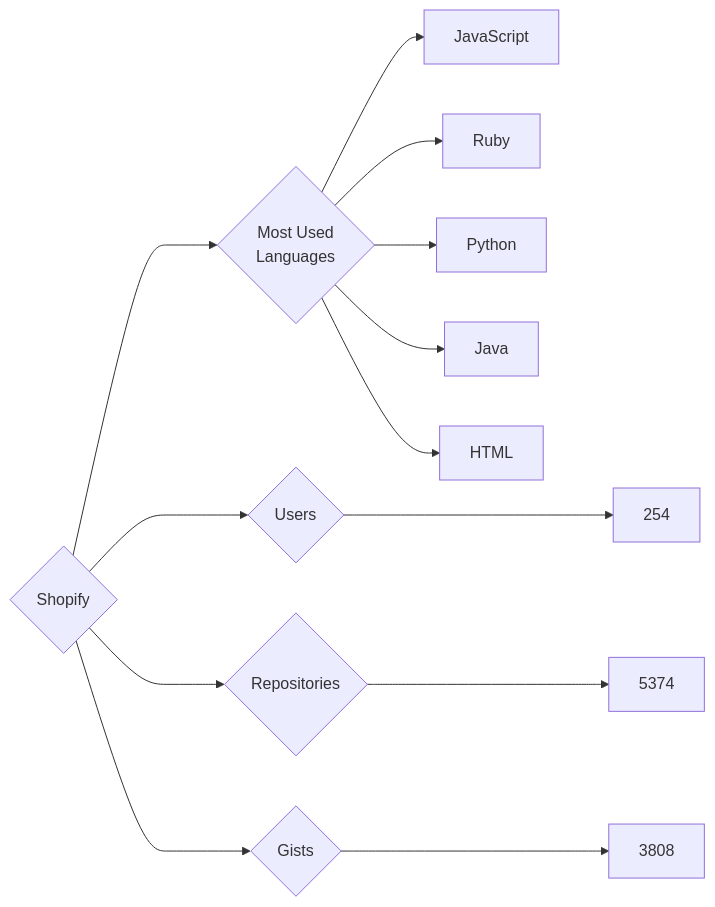
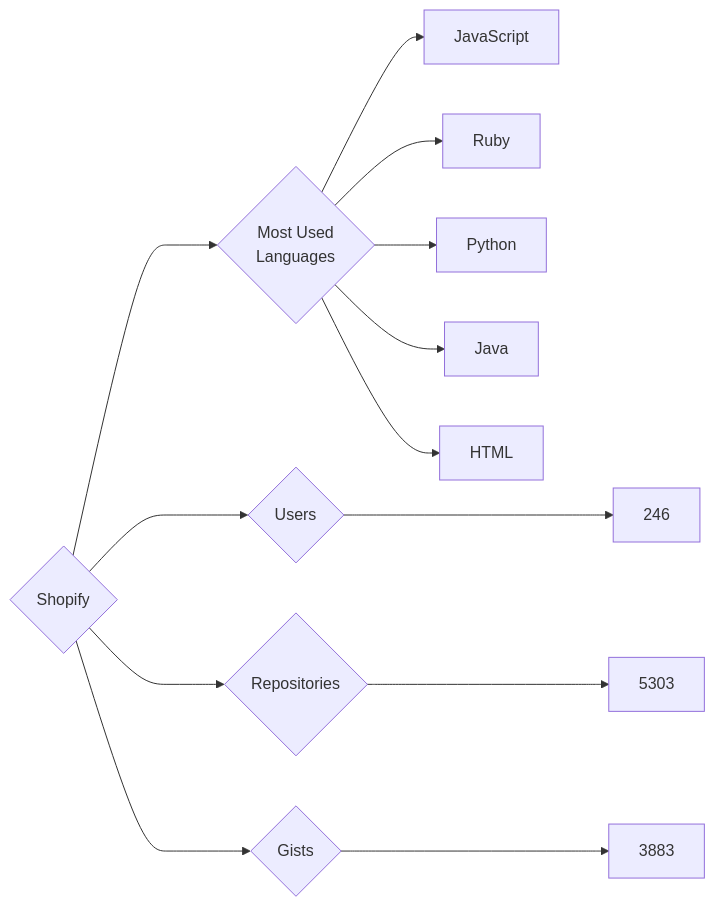
The diagram in targets/Shopify/README.md (trickest/insiders), drawn with Mermaid before and after one commit. The commit also changed 969 other files, not shown here.

````diff
--- a/targets/Shopify/README.md
+++ b/targets/Shopify/README.md
@@ -3,13 +3,13 @@
 ```mermaid
 graph LR
 COMPANY_NAME{Shopify}
-COMPANY_NAME ---> U{Users} ---> UN[254]
-COMPANY_NAME ---> R{Repositories} ---> RN[5374]
-COMPANY_NAME ---> G{Gists} ---> GN[3808]
+COMPANY_NAME ---> U{Users} ---> UN[246]
+COMPANY_NAME ---> R{Repositories} ---> RN[5303]
+COMPANY_NAME ---> G{Gists} ---> GN[3883]
 COMPANY_NAME ---> ML{Most Used<br>Languages}
 ML --> JavaScript[JavaScript]
 ML --> Ruby[Ruby]
 ML --> Python[Python]
 ML --> Java[Java]
 ML --> HTML[HTML]
 ```
````
